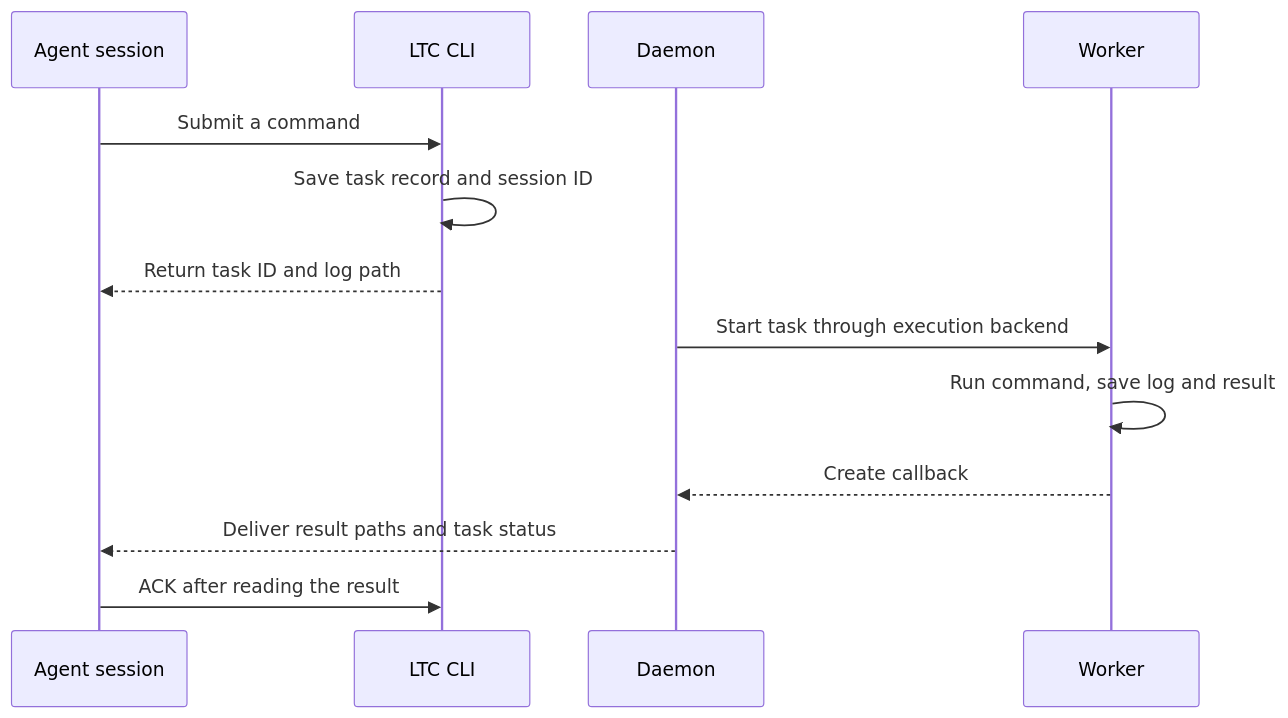
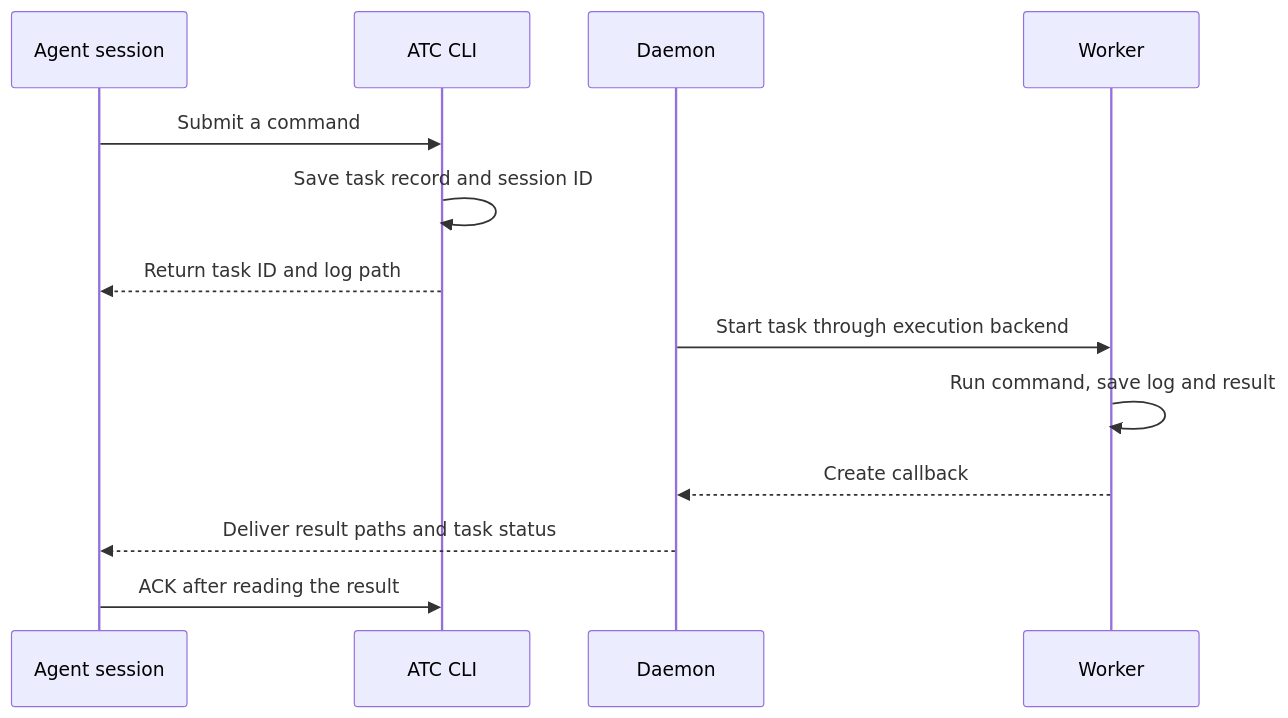
One commit to lz59970062/agent-atc changed the diagram in docs/overview.en.md. Above: the diagram before and after it, drawn with Mermaid. The commit also changed other lines of this file and 217 other files, not shown here.

````diff
--- a/docs/overview.en.md
+++ b/docs/overview.en.md
@@ -13,15 +13,15 @@
 ```mermaid
 sequenceDiagram
     participant A as Agent session
-    participant L as LTC CLI
+    participant L as ATC CLI
     participant D as Daemon
     participant W as Worker
     A->>L: Submit a command
     L->>L: Save task record and session ID
     L-->>A: Return task ID and log path
     D->>W: Start task through execution backend
     W->>W: Run command, save log and result
     W-->>D: Create callback
     D-->>A: Deliver result paths and task status
     A->>L: ACK after reading the result
 ```
````
